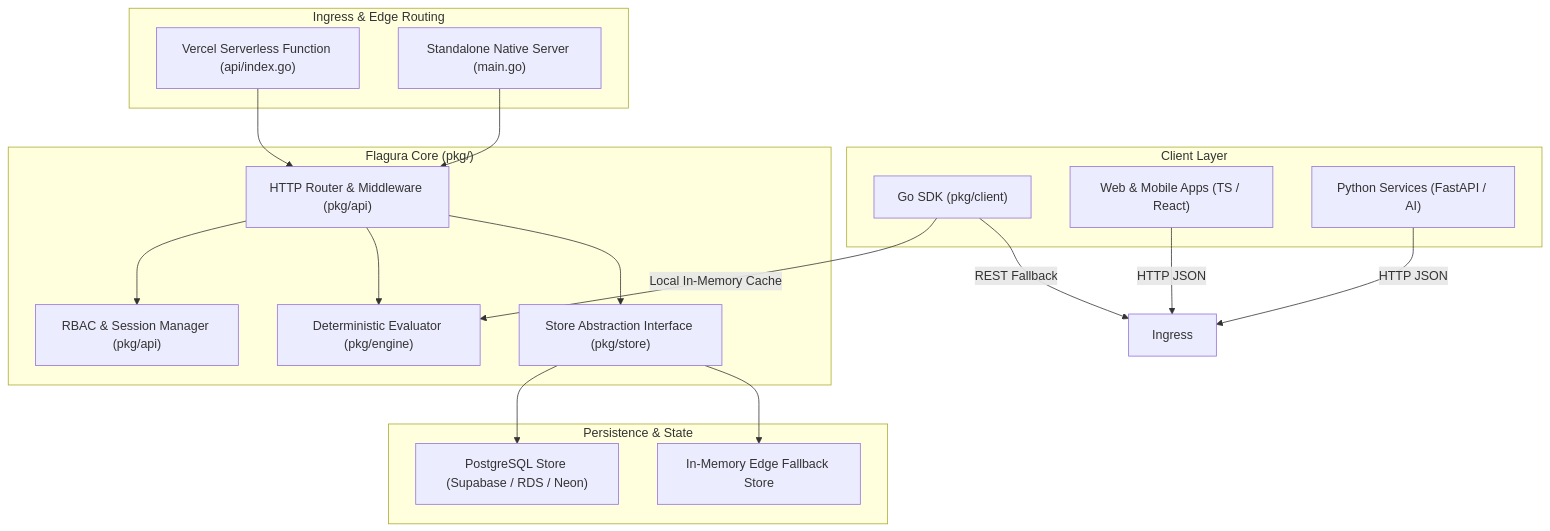
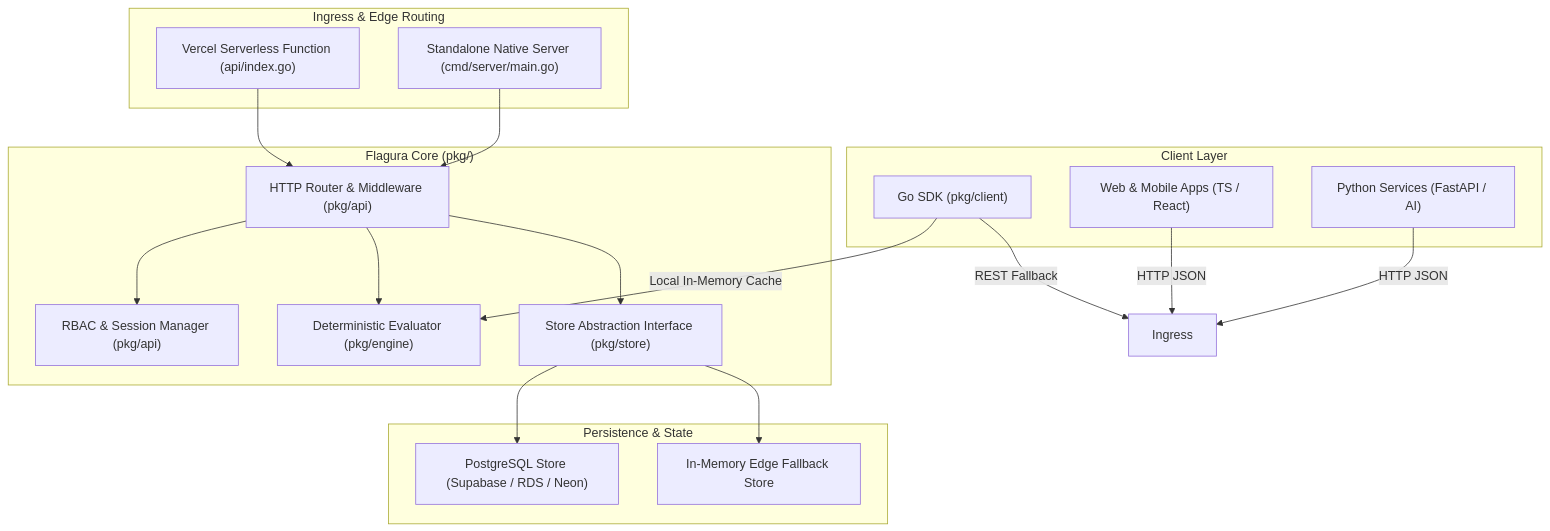
The first of 3 diagrams in docs/architecture/system-design.md (dhawalhost/flagura), drawn with Mermaid before and after one commit. The commit also changed 20 other files, not shown here.

````diff
--- a/docs/architecture/system-design.md
+++ b/docs/architecture/system-design.md
@@ -9,40 +9,40 @@
 ```mermaid
 graph TB
     subgraph Clients["Client Layer"]
         GoClient["Go SDK (pkg/client)"]
         WebApps["Web & Mobile Apps (TS / React)"]
         PyClient["Python Services (FastAPI / AI)"]
     end
 
     subgraph EdgeLayer["Ingress & Edge Routing"]
         VercelEdge["Vercel Serverless Function (api/index.go)"]
-        NativeServer["Standalone Native Server (main.go)"]
+        NativeServer["Standalone Native Server (cmd/server/main.go)"]
     end
 
     subgraph CoreEngine["Flagura Core (pkg/)"]
         Router["HTTP Router & Middleware (pkg/api)"]
         AuthModule["RBAC & Session Manager (pkg/api)"]
         EvalEngine["Deterministic Evaluator (pkg/engine)"]
         StoreInterface["Store Abstraction Interface (pkg/store)"]
     end
 
     subgraph StorageLayer["Persistence & State"]
         PGStore["PostgreSQL Store (Supabase / RDS / Neon)"]
         MemStore["In-Memory Edge Fallback Store"]
     end
 
     GoClient -->|Local In-Memory Cache| EvalEngine
     GoClient -->|REST Fallback| Ingress
     WebApps -->|HTTP JSON| Ingress
     PyClient -->|HTTP JSON| Ingress
 
     VercelEdge --> Router
     NativeServer --> Router
 
     Router --> AuthModule
     Router --> EvalEngine
     Router --> StoreInterface
 
     StoreInterface --> PGStore
     StoreInterface --> MemStore
 ```
````
